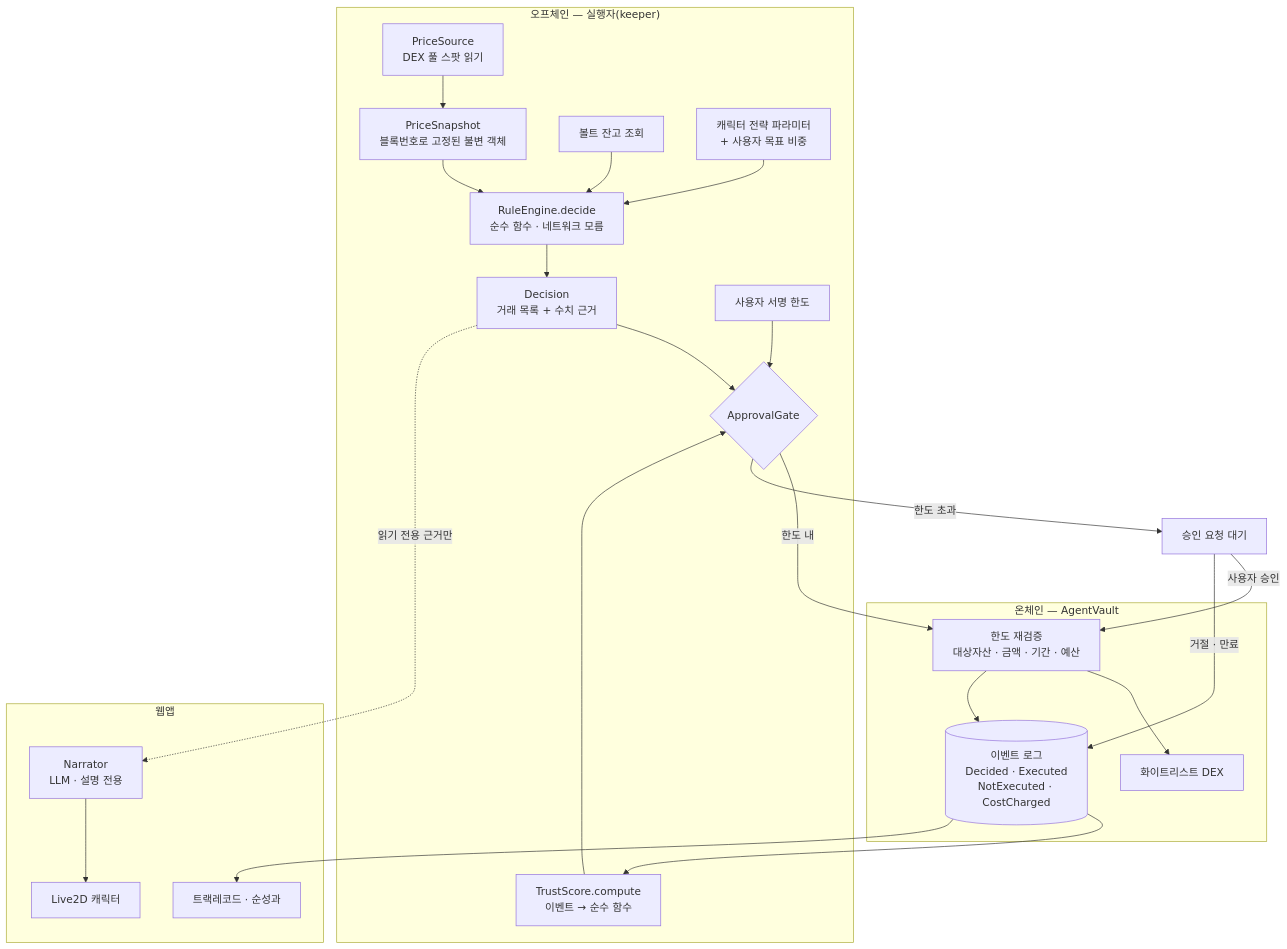
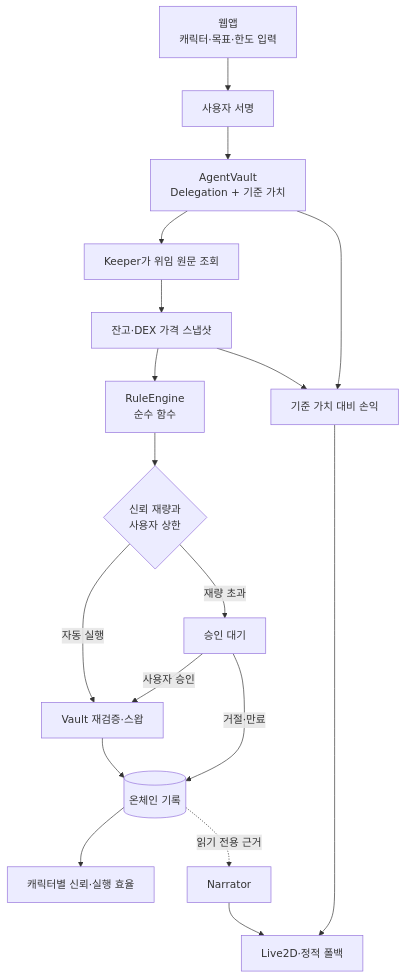
The diagram in .claude/specs/character-agent-rebalancer/design.md (tmdry4530/driftmate), drawn with Mermaid before and after one commit. The commit also changed other lines of this file and 22 other files, not shown here.

````diff
--- a/.claude/specs/character-agent-rebalancer/design.md
+++ b/.claude/specs/character-agent-rebalancer/design.md
@@ -24,35 +34,24 @@
 ```mermaid
 flowchart TB
-    subgraph OFF["오프체인 — 실행자(keeper)"]
-        PS[PriceSource<br/>DEX 풀 스팟 읽기] --> SNAP[PriceSnapshot<br/>블록번호로 고정된 불변 객체]
-        SNAP --> ENG
-        PORT[볼트 잔고 조회] --> ENG
-        PARAM[캐릭터 전략 파라미터<br/>+ 사용자 목표 비중] --> ENG
-        ENG[RuleEngine.decide<br/>순수 함수 · 네트워크 모름] --> DEC[Decision<br/>거래 목록 + 수치 근거]
-        DEC --> GATE{ApprovalGate}
-        TRUST[TrustScore.compute<br/>이벤트 → 순수 함수] --> GATE
-        LIM[사용자 서명 한도] --> GATE
-    end
+    UI[웹앱<br/>캐릭터·목표·한도 입력] --> SIGN[사용자 서명]
+    SIGN --> VAULT[AgentVault<br/>Delegation + 기준 가치]
 
-    subgraph CHAIN["온체인 — AgentVault"]
-        VAULT[한도 재검증<br/>대상자산 · 금액 · 기간 · 예산]
-        VAULT --> DEX[화이트리스트 DEX]
-        VAULT --> EV[(이벤트 로그<br/>Decided · Executed<br/>NotExecuted · CostCharged)]
-    end
+    VAULT --> CFG[Keeper가 위임 원문 조회]
+    CFG --> SNAP[잔고·DEX 가격 스냅샷]
+    SNAP --> ENG[RuleEngine<br/>순수 함수]
+    ENG --> GATE{신뢰 재량과<br/>사용자 상한}
 
-    GATE -->|한도 내| VAULT
-    GATE -->|한도 초과| ASK[승인 요청 대기]
-    ASK -->|사용자 승인| VAULT
-    ASK -->|거절 · 만료| EV
-    EV --> TRUST
+    GATE -->|자동 실행| EXEC[Vault 재검증·스왑]
+    GATE -->|재량 초과| ASK[승인 대기]
+    ASK -->|사용자 승인| EXEC
+    ASK -->|거절·만료| LOG[(온체인 기록)]
+    EXEC --> LOG
 
-    subgraph UI["웹앱"]
-        NARR[Narrator<br/>LLM · 설명 전용]
-        VIEW[Live2D 캐릭터]
-        REC[트랙레코드 · 순성과]
-    end
+    LOG --> TRUST[캐릭터별 신뢰·실행 효율]
+    LOG -.읽기 전용 근거.-> NARR[Narrator]
+    NARR --> STAGE[Live2D·정적 폴백]
 
-    EV --> REC
-    DEC -.읽기 전용 근거만.-> NARR
-    NARR --> VIEW
+    SNAP --> PNL[기준 가치 대비 손익]
+    VAULT --> PNL
+    PNL --> STAGE
 ```
````
